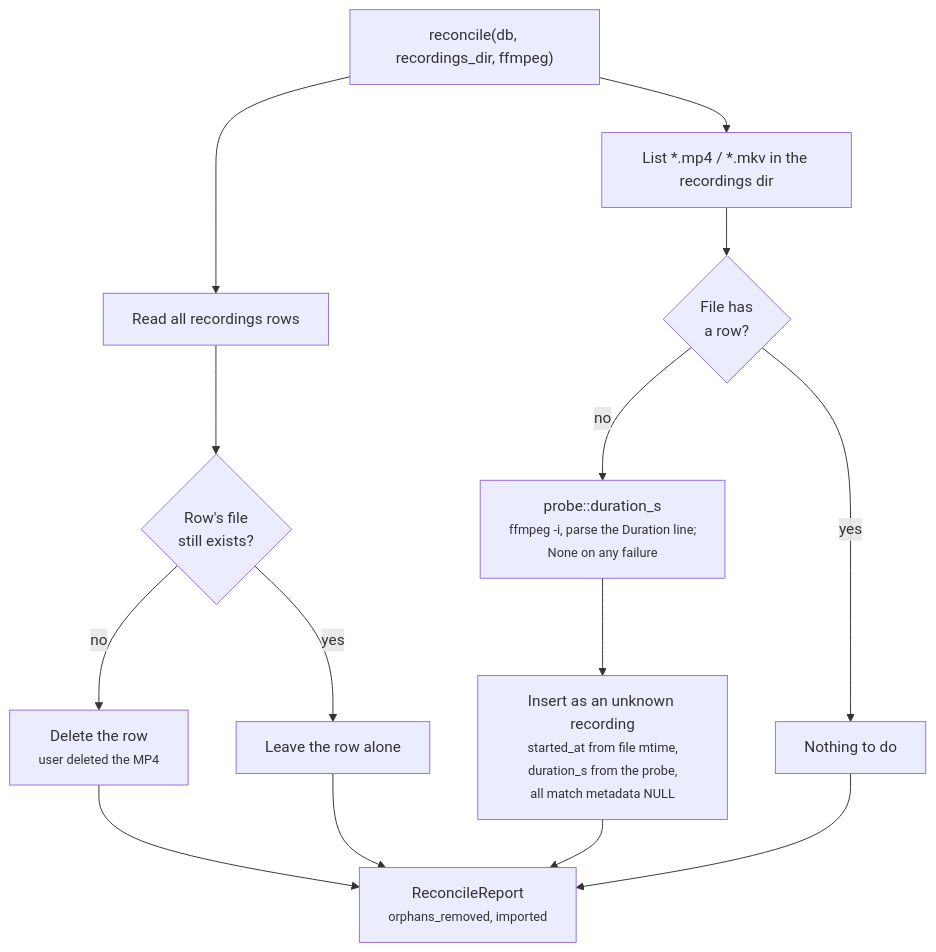
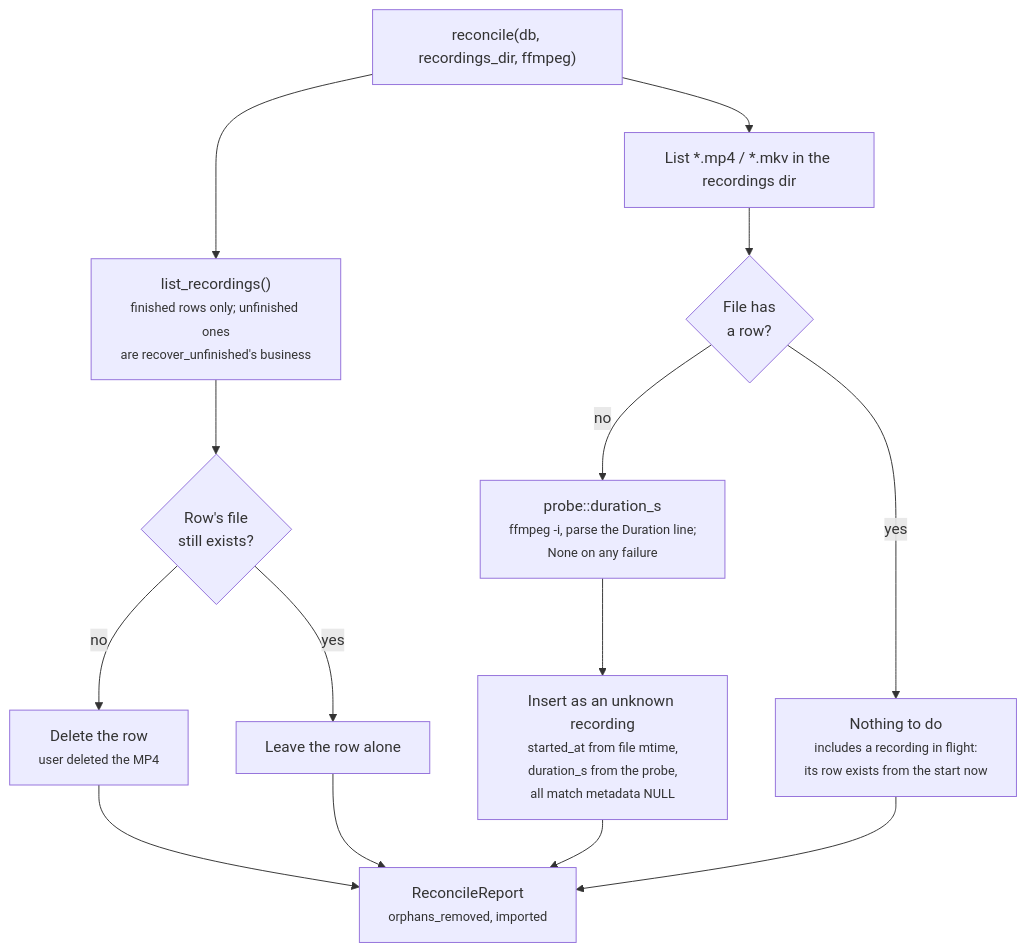
Before and after one commit to NinjaGoldfinch/ninja-recorder: the fourth of 5 diagrams in docs/data-model.md, drawn with Mermaid. The commit also changed other lines of this file and 11 other files, not shown here.

````diff
--- a/docs/data-model.md
+++ b/docs/data-model.md
@@ -391,16 +467,16 @@
 ```mermaid
 flowchart TB
-    START["reconcile(db, recordings_dir, ffmpeg)"] --> ROWS["Read all recordings rows"]
+    START["reconcile(db, recordings_dir, ffmpeg)"] --> ROWS["list_recordings()<br/><small>finished rows only; unfinished ones<br/>are recover_unfinished's business</small>"]
     START --> FILES["List *.mp4 / *.mkv in the recordings dir"]
     ROWS --> C1{"Row's file<br/>still exists?"}
     C1 -->|"no"| DROP["Delete the row<br/><small>user deleted the MP4</small>"]
     C1 -->|"yes"| KEEP["Leave the row alone"]
     FILES --> C2{"File has<br/>a row?"}
     C2 -->|"no"| PROBE["probe::duration_s<br/><small>ffmpeg -i, parse the Duration line;<br/>None on any failure</small>"]
     PROBE --> IMPORT["Insert as an unknown recording<br/><small>started_at from file mtime,<br/>duration_s from the probe,<br/>all match metadata NULL</small>"]
-    C2 -->|"yes"| SKIP["Nothing to do"]
+    C2 -->|"yes"| SKIP["Nothing to do<br/><small>includes a recording in flight:<br/>its row exists from the start now</small>"]
     DROP --> REP["ReconcileReport<br/><small>orphans_removed, imported</small>"]
     KEEP --> REP
     IMPORT --> REP
     SKIP --> REP
 ```
````
